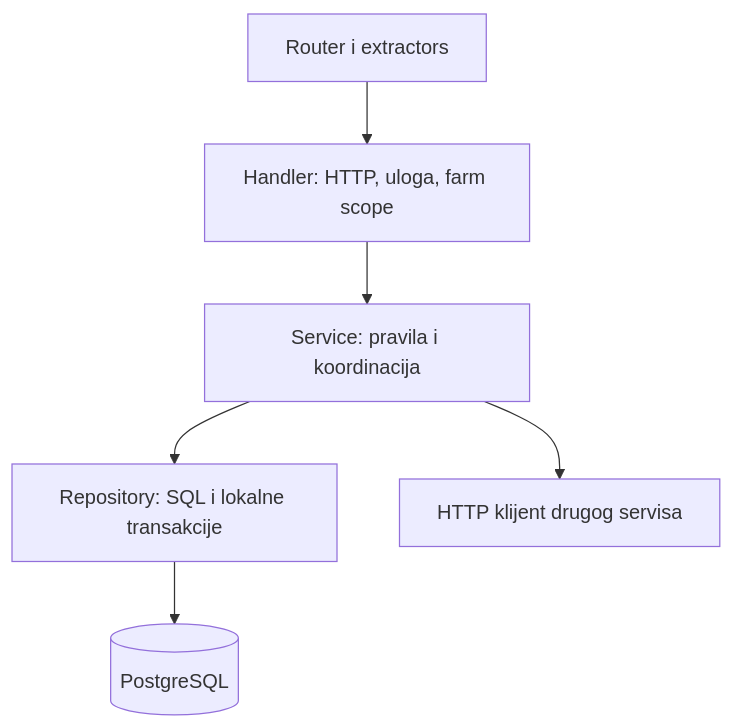
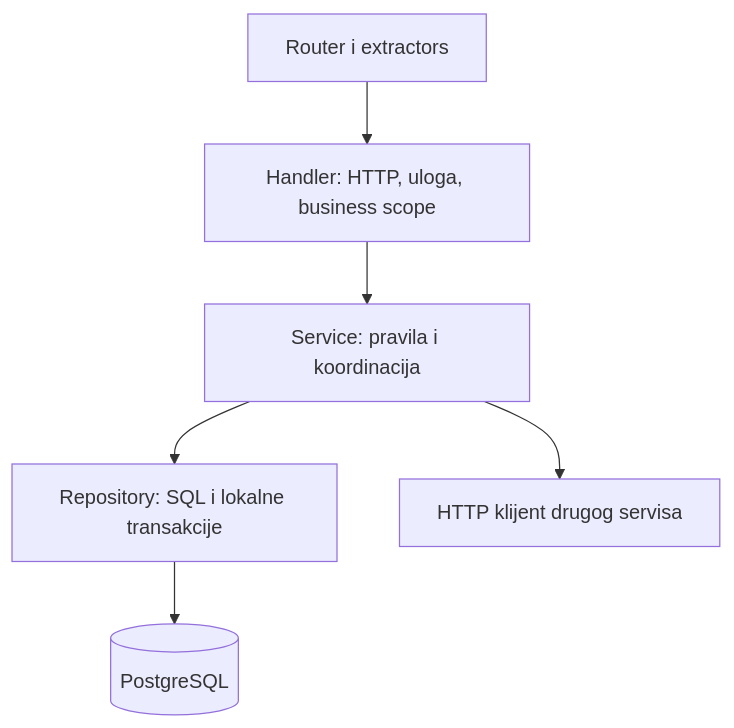
The third of 3 diagrams in docs/specifikacija/03-arhitektura.md (zoricnadja/local-bite), drawn with Mermaid before and after one commit. The commit also changed other lines of this file and 340 other files, not shown here.

Commit message:
fix: Rename farm -> business owner

````diff
--- a/docs/specifikacija/03-arhitektura.md
+++ b/docs/specifikacija/03-arhitektura.md
@@ -76,8 +76,8 @@
 ```mermaid
 flowchart TD
-    Router[Router i extractors] --> Handler[Handler: HTTP, uloga, farm scope]
+    Router[Router i extractors] --> Handler[Handler: HTTP, uloga, business scope]
     Handler --> Service[Service: pravila i koordinacija]
     Service --> Repository[Repository: SQL i lokalne transakcije]
     Repository --> DB[(PostgreSQL)]
     Service --> Client[HTTP klijent drugog servisa]
 ```
````
